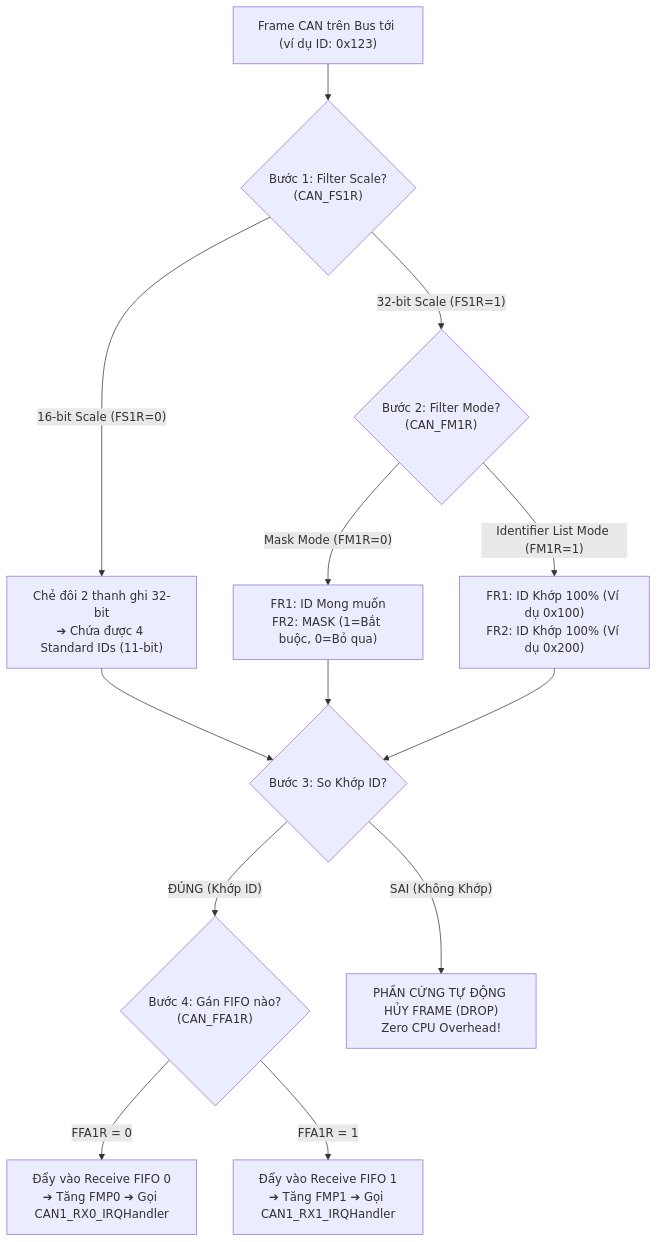
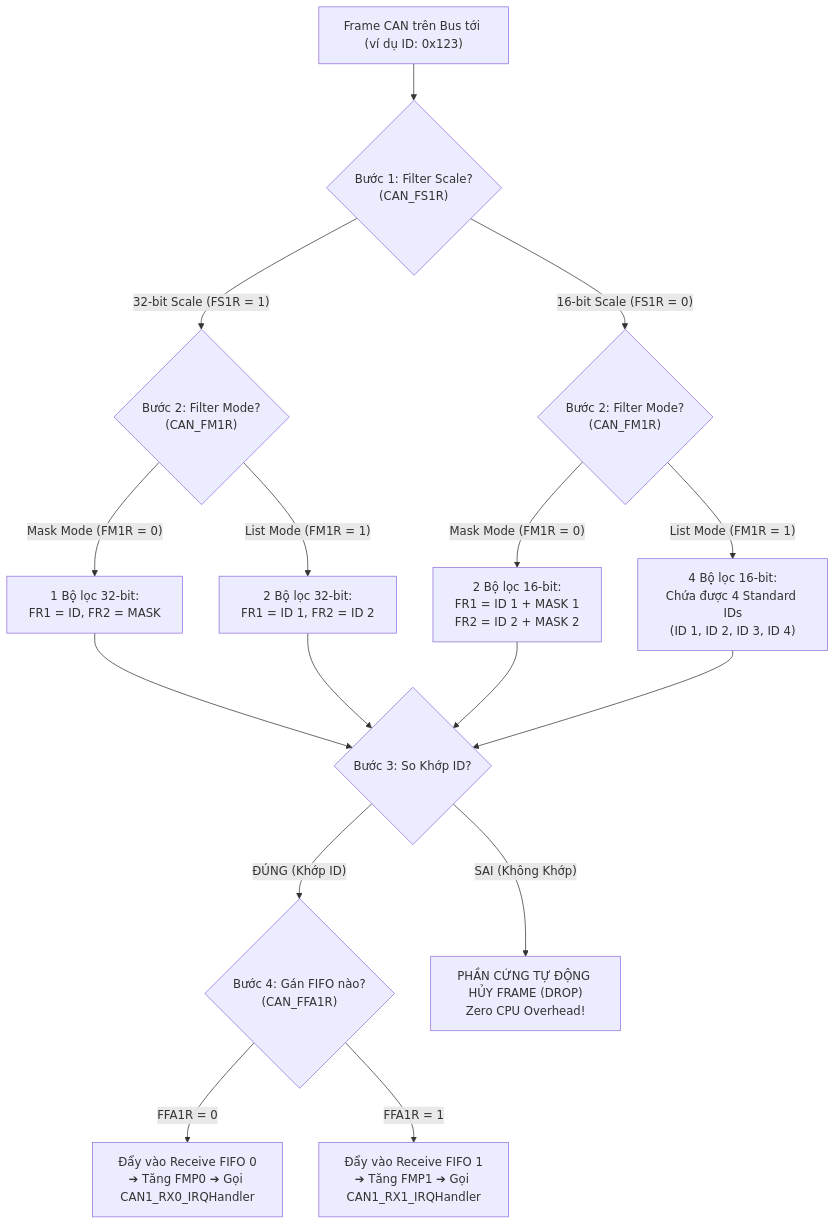
Before and after one commit to HuynhTran112/source: the first of 2 diagrams in day03_learning_guide.md, drawn with Mermaid. The commit also changed other lines of this file, not shown here.

````diff
--- a/day03_learning_guide.md
+++ b/day03_learning_guide.md
@@ -533,15 +582,24 @@
 ```mermaid
 graph TD
     A["Frame CAN trên Bus tới (ví dụ ID: 0x123)"] --> B{"Bước 1: Filter Scale?<br>(CAN_FS1R)"}
-    B -->|"32-bit Scale (FS1R=1)"| C{"Bước 2: Filter Mode?<br>(CAN_FM1R)"}
-    B -->|"16-bit Scale (FS1R=0)"| D["Chẻ đôi 2 thanh ghi 32-bit<br>➔ Chứa được 4 Standard IDs (11-bit)"]
-    C -->|"Mask Mode (FM1R=0)"| E["FR1: ID Mong muốn<br>FR2: MASK (1=Bắt buộc, 0=Bỏ qua)"]
-    C -->|"Identifier List Mode (FM1R=1)"| F["FR1: ID Khớp 100% (Ví dụ 0x100)<br>FR2: ID Khớp 100% (Ví dụ 0x200)"]
-    D --> G{"Bước 3: So Khớp ID?"}
-    E --> G
-    F --> G
+    
+    B -->|"32-bit Scale (FS1R = 1)"| C{"Bước 2: Filter Mode?<br>(CAN_FM1R)"}
+    B -->|"16-bit Scale (FS1R = 0)"| D{"Bước 2: Filter Mode?<br>(CAN_FM1R)"}
+    
+    C -->|"Mask Mode (FM1R = 0)"| E1["1 Bộ lọc 32-bit:<br>FR1 = ID, FR2 = MASK"]
+    C -->|"List Mode (FM1R = 1)"| E2["2 Bộ lọc 32-bit:<br>FR1 = ID 1, FR2 = ID 2"]
+    
+    D -->|"Mask Mode (FM1R = 0)"| F1["2 Bộ lọc 16-bit:<br>FR1 = ID 1 + MASK 1<br>FR2 = ID 2 + MASK 2"]
+    D -->|"List Mode (FM1R = 1)"| F2["4 Bộ lọc 16-bit:<br>Chứa được 4 Standard IDs<br>(ID 1, ID 2, ID 3, ID 4)"]
+    
+    E1 --> G{"Bước 3: So Khớp ID?"}
+    E2 --> G
+    F1 --> G
+    F2 --> G
+    
     G -->|"ĐÚNG (Khớp ID)"| H{"Bước 4: Gán FIFO nào?<br>(CAN_FFA1R)"}
     G -->|"SAI (Không Khớp)"| I["PHẦN CỨNG TỰ ĐỘNG HỦY FRAME (DROP)<br>Zero CPU Overhead!"]
+    
     H -->|"FFA1R = 0"| J["Đẩy vào Receive FIFO 0<br>➔ Tăng FMP0 ➔ Gọi CAN1_RX0_IRQHandler"]
     H -->|"FFA1R = 1"| K["Đẩy vào Receive FIFO 1<br>➔ Tăng FMP1 ➔ Gọi CAN1_RX1_IRQHandler"]
 ```
````
